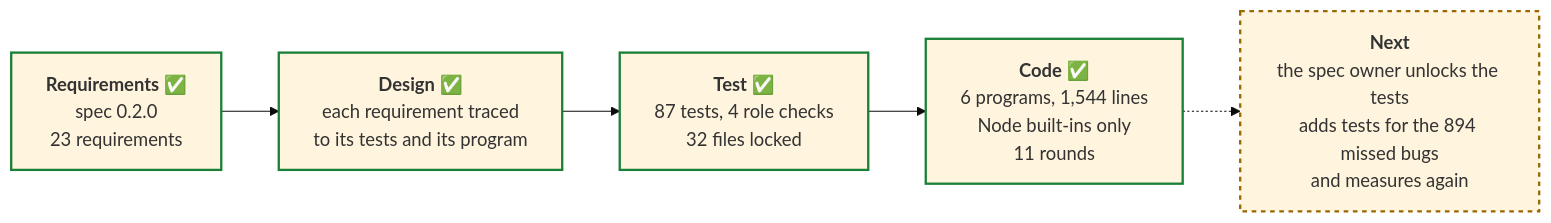
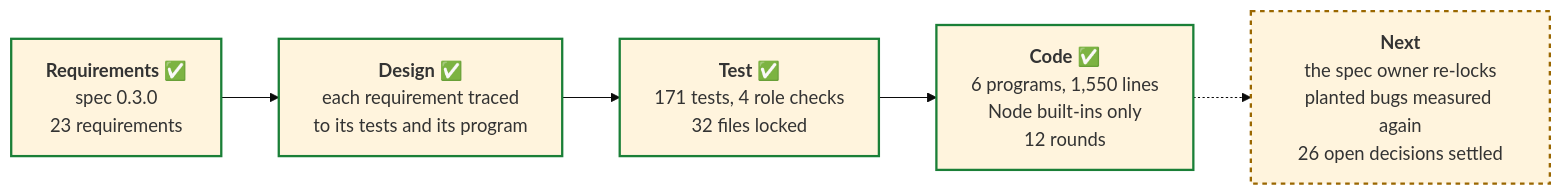
Before and after one commit to PaulDuvall/adlc-security-reviewer: the second of 3 diagrams in README.md, drawn with Mermaid (base theme). The commit also changed other lines of this file and 3 other files, not shown here.

First line of the commit message:
Code stage round 12: the three changes spec 0.3.0 requires

````diff
--- a/README.md
+++ b/README.md
@@ -75,13 +76,13 @@
 ```mermaid
 flowchart LR
-  req["<b>Requirements</b> ✅<br/>spec 0.2.0<br/>23 requirements"]
+  req["<b>Requirements</b> ✅<br/>spec 0.3.0<br/>23 requirements"]
   des["<b>Design</b> ✅<br/>each requirement traced<br/>to its tests and its program"]
-  tst["<b>Test</b> ✅<br/>87 tests, 4 role checks<br/>32 files locked"]
-  cod["<b>Code</b> ✅<br/>6 programs, 1,544 lines<br/>Node built-ins only<br/>11 rounds"]
-  nxt["<b>Next</b><br/>the spec owner unlocks the tests<br/>adds tests for the 894 missed bugs<br/>and measures again"]
+  tst["<b>Test</b> ✅<br/>171 tests, 4 role checks<br/>32 files locked"]
+  cod["<b>Code</b> ✅<br/>6 programs, 1,550 lines<br/>Node built-ins only<br/>12 rounds"]
+  nxt["<b>Next</b><br/>the spec owner re-locks<br/>planted bugs measured again<br/>26 open decisions settled"]
   req --> des --> tst --> cod -.-> nxt
   classDef done stroke:#1a7f37,stroke-width:2px
   classDef next stroke:#9a6700,stroke-width:2px,stroke-dasharray:4
   class req,des,tst,cod done
   class nxt next
 ```
````
